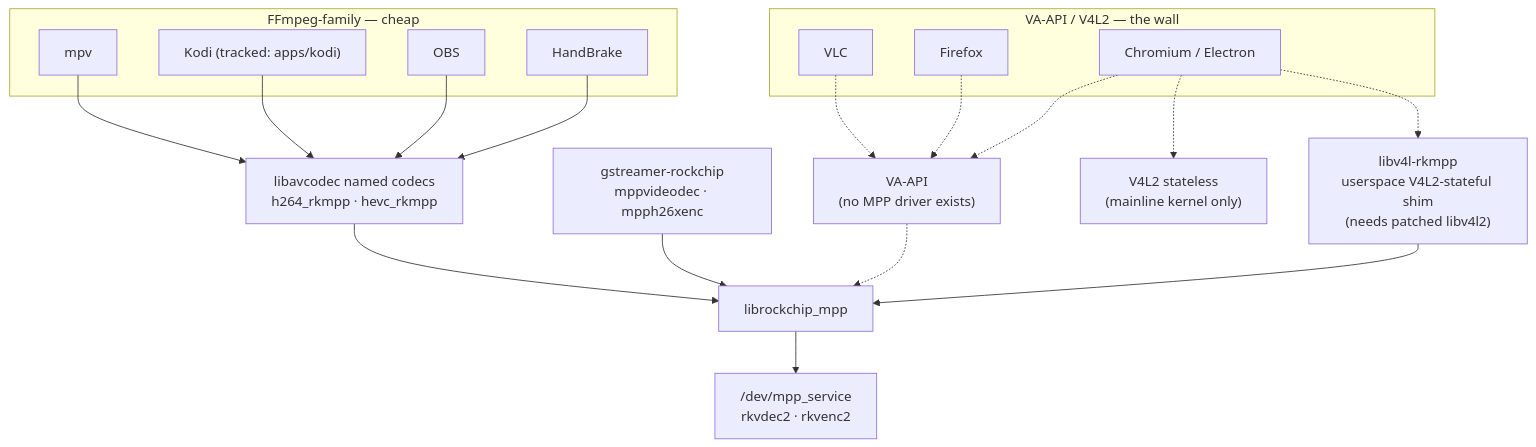
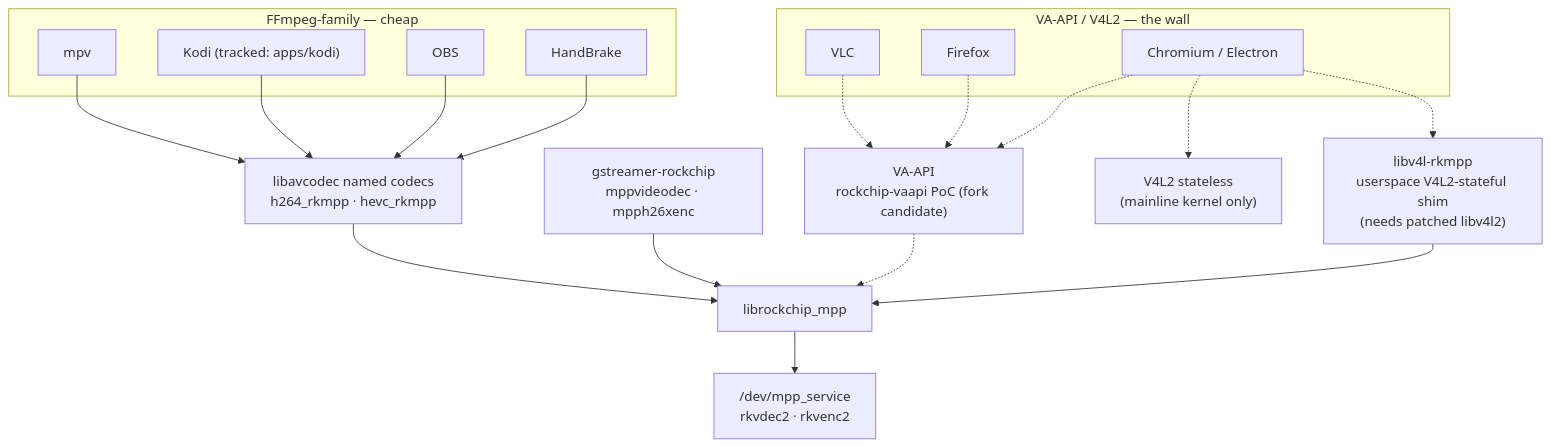
The diagram in docs/app-enablement.md (yisding/rock-5b-ysp), drawn with Mermaid before and after one commit. The commit also changed other lines of this file and 1 other file, not shown here.

First line of the commit message:
findings: review rockchip-vaapi PoC driver; revise app-enablement VA-API road

````diff
--- a/docs/app-enablement.md
+++ b/docs/app-enablement.md
@@ -28,36 +30,36 @@
 ```mermaid
 flowchart TB
   subgraph cheap["FFmpeg-family — cheap"]
     mpv["mpv"]
     kodi["Kodi (tracked: apps/kodi)"]
     obs["OBS"]
     hb["HandBrake"]
   end
   subgraph hard["VA-API / V4L2 — the wall"]
     ff["Firefox"]
     cr["Chromium / Electron"]
     vlc["VLC"]
   end
   lavc["libavcodec named codecs<br/>h264_rkmpp · hevc_rkmpp"]
   gst["gstreamer-rockchip<br/>mppvideodec · mpph26xenc"]
-  vaapi["VA-API<br/>(no MPP driver exists)"]
+  vaapi["VA-API<br/>rockchip-vaapi PoC (fork candidate)"]
   v4l2["V4L2 stateless<br/>(mainline kernel only)"]
   shim["libv4l-rkmpp<br/>userspace V4L2-stateful shim<br/>(needs patched libv4l2)"]
   mpplib["librockchip_mpp"]
   svc["/dev/mpp_service<br/>rkvdec2 · rkvenc2"]
 
   mpv --> lavc
   kodi --> lavc
   obs --> lavc
   hb --> lavc
   vlc -.-> vaapi
   ff -.-> vaapi
   cr -.-> vaapi
   cr -.-> v4l2
   cr -.-> shim
   lavc --> mpplib
   gst --> mpplib
   vaapi -.-> mpplib
   shim --> mpplib
   mpplib --> svc
 ```
````
